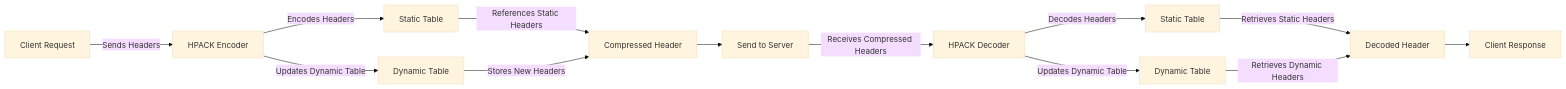
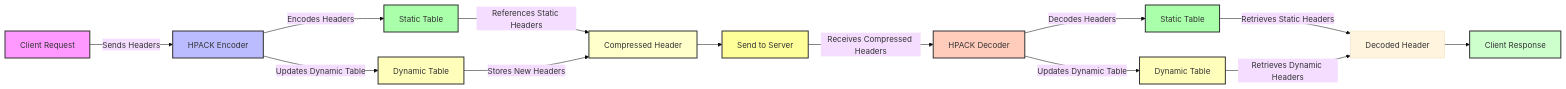
Before and after one commit to dev-hack95/notes: the diagram in grpc/notes/Intro.md, drawn with Mermaid (base theme).

Commit message:
grpc into notes -> HPACK(color in diagram)

````diff
--- a/grpc/notes/Intro.md
+++ b/grpc/notes/Intro.md
@@ -131,16 +131,25 @@
         ```mermaid
         flowchart LR
-            A[Client Request] -->|Sends Headers| B[HPACK Encoder]
-            B -->|Encodes Headers| C[Static Table]
-            B -->|Updates Dynamic Table| D[Dynamic Table]
-            C -->|References Static Headers| E[Compressed Header]
+            A[Client Request]:::client -->|Sends Headers| B[HPACK Encoder]:::encoder
+            B -->|Encodes Headers| C[Static Table]:::static
+            B -->|Updates Dynamic Table| D[Dynamic Table]:::dynamic
+            C -->|References Static Headers| E[Compressed Header]:::compressed
             D -->|Stores New Headers| E
-            E --> F[Send to Server]
+            E --> F[Send to Server]:::send
 
-            F -->|Receives Compressed Headers| G[HPACK Decoder]
-            G -->|Decodes Headers| H[Static Table]
-            G -->|Updates Dynamic Table| I[Dynamic Table]
-            H -->|Retrieves Static Headers| J[Decoded Header]
+            F -->|Receives Compressed Headers| G[HPACK Decoder]:::decoder
+            G -->|Decodes Headers| H[Static Table]:::static
+            G -->|Updates Dynamic Table| I[Dynamic Table]:::dynamic
+            H -->|Retrieves Static Headers| J[Decoded Header]:::decoded
             I -->|Retrieves Dynamic Headers| J
-            J --> K[Client Response]
+            J --> K[Client Response]:::response
+
+            classDef client fill:#f9f,stroke:#333,stroke-width:2px;
+            classDef encoder fill:#bbf,stroke:#333,stroke-width:2px;
+            classDef static fill:#afa,stroke:#333,stroke-width:2px;
+            classDef dynamic fill:#ffb,stroke:#333,stroke-width:2px;
+            classDef compressed fill:#ffc,stroke:#333,stroke-width:2px;
+            classDef send fill:#ff9,stroke:#333,stroke-width:2px;
+            classDef decoder fill:#fcb,stroke:#333,stroke-width:2px;
+            classDef response fill:#cfc,stroke:#333,stroke-width:2px;
         ```
````
